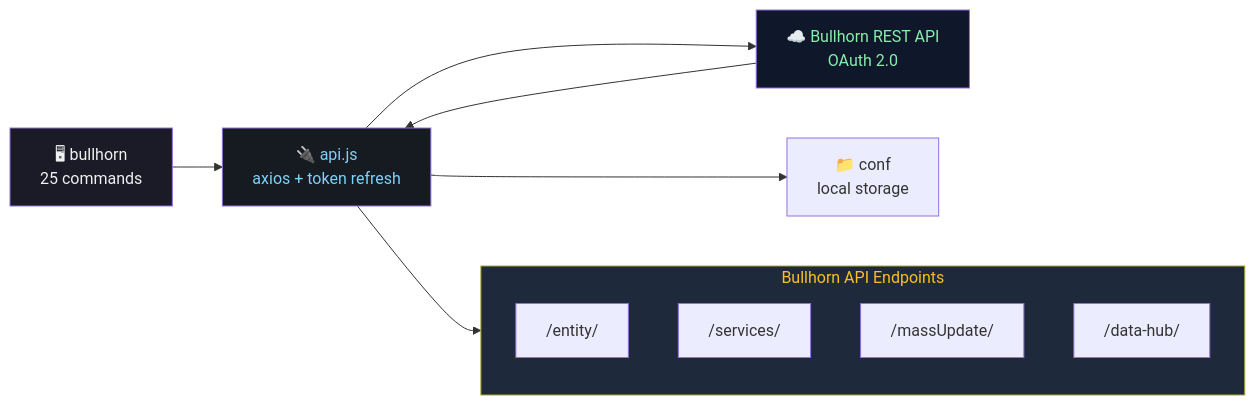
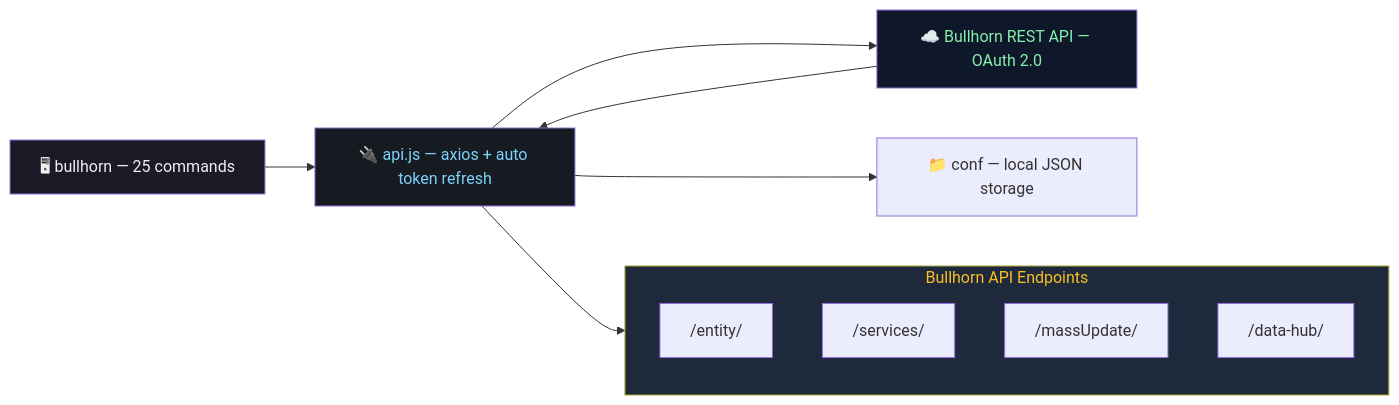
The diagram in README.md (rcpsolutions-net/bh-cli), drawn with Mermaid before and after one commit.

Commit message:
docs: fix Mermaid labels — remove \n for GitHub rendering

````diff
--- a/README.md
+++ b/README.md
@@ -112,21 +112,21 @@
 ```mermaid
 flowchart LR
-    CLI["🖥 bullhorn\n25 commands"] --> API["🔌 api.js\naxios + token refresh"]
-    API --> BHAPI["☁️ Bullhorn REST API\nOAuth 2.0"]
+    CLI["🖥 bullhorn — 25 commands"] --> API["🔌 api.js — axios + auto token refresh"]
+    API --> BHAPI["☁️ Bullhorn REST API — OAuth 2.0"]
     BHAPI --> API
-    API --> CONF["📁 conf\nlocal storage"]
+    API --> CONF["📁 conf — local JSON storage"]
     
     subgraph Endpoints["Bullhorn API Endpoints"]
         E1["/entity/"]
         E2["/services/"]
         E3["/massUpdate/"]
         E4["/data-hub/"]
     end
     
     API --> Endpoints
     
     style CLI fill:#1a1b26,color:#f0f0f0
     style API fill:#161b22,color:#7dd3fc
     style BHAPI fill:#0f172a,color:#86efac
     style Endpoints fill:#1e293b,color:#fbbf24
 ```
````
